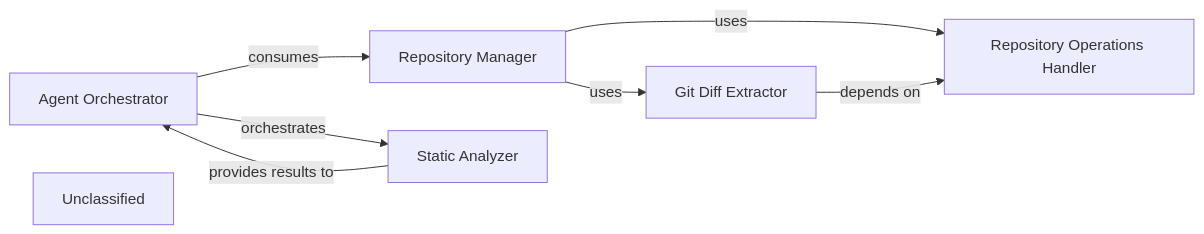
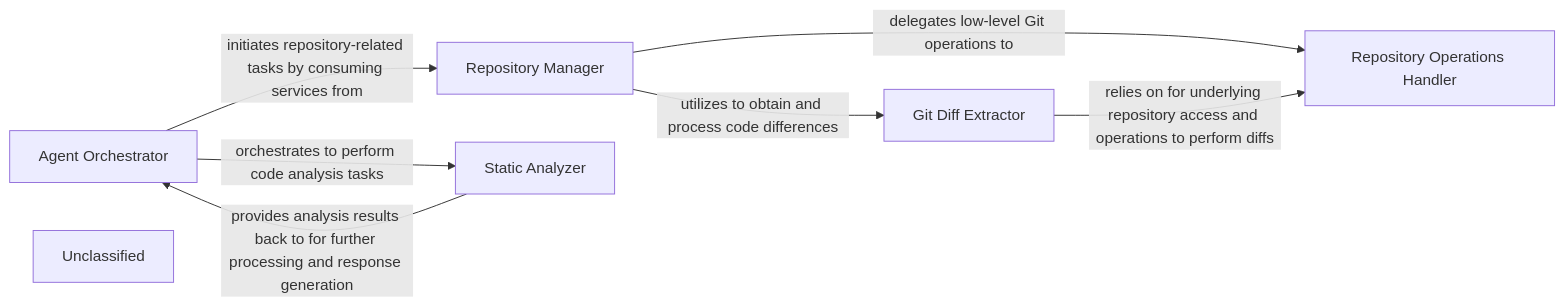
Before and after one commit to mariyam866/CodeBoarding: the diagram in .codeboarding/Repository_Manager.md, drawn with Mermaid. The commit also changed other lines of this file and 17 other files, not shown here.

First line of the commit message:
docs: update codeboarding documentation and generate architecture

````diff
--- a/.codeboarding/Repository_Manager.md
+++ b/.codeboarding/Repository_Manager.md
@@ -1,16 +1,16 @@
 ```mermaid
 graph LR
     Repository_Manager["Repository Manager"]
     Repository_Operations_Handler["Repository Operations Handler"]
     Git_Diff_Extractor["Git Diff Extractor"]
     Agent_Orchestrator["Agent Orchestrator"]
     Static_Analyzer["Static Analyzer"]
     Unclassified["Unclassified"]
-    Repository_Manager -- "uses" --> Repository_Operations_Handler
-    Repository_Manager -- "uses" --> Git_Diff_Extractor
-    Git_Diff_Extractor -- "depends on" --> Repository_Operations_Handler
-    Agent_Orchestrator -- "consumes" --> Repository_Manager
-    Agent_Orchestrator -- "orchestrates" --> Static_Analyzer
-    Static_Analyzer -- "provides results to" --> Agent_Orchestrator
+    Agent_Orchestrator -- "initiates repository-related tasks by consuming services from" --> Repository_Manager
+    Repository_Manager -- "delegates low-level Git operations to" --> Repository_Operations_Handler
+    Repository_Manager -- "utilizes to obtain and process code differences" --> Git_Diff_Extractor
+    Git_Diff_Extractor -- "relies on for underlying repository access and operations to perform diffs" --> Repository_Operations_Handler
+    Agent_Orchestrator -- "orchestrates to perform code analysis tasks" --> Static_Analyzer
+    Static_Analyzer -- "provides analysis results back to for further processing and response generation" --> Agent_Orchestrator
     click Repository_Manager href "https://github.com/CodeBoarding/CodeBoarding/blob/main/.codeboarding/Repository_Manager.md" "Details"
 ```
````
